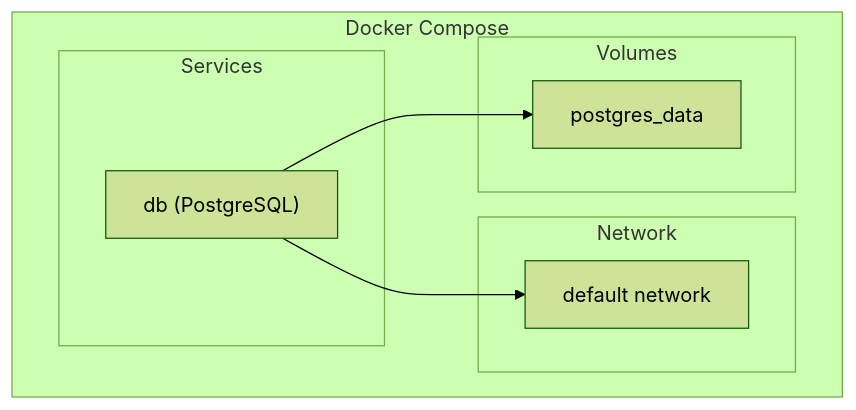
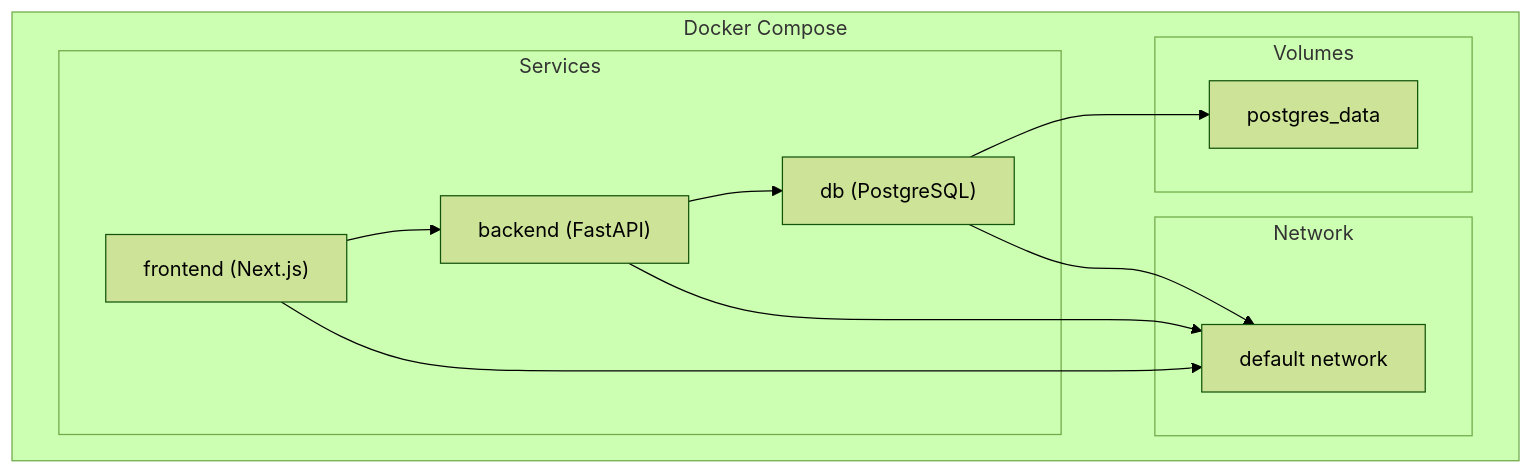
Before and after one commit to ss8806/Todos: the ninth of 11 diagrams in .qoder/repowiki/ja/content/Dockerコンテナ化.md, drawn with Mermaid (forest theme). The commit also changed other lines of this file and 11 other files, not shown here.

````diff
--- a/.qoder/repowiki/ja/content/Dockerコンテナ化.md
+++ b/.qoder/repowiki/ja/content/Dockerコンテナ化.md
@@ -228,16 +295,22 @@
 ```mermaid
 graph TB
 subgraph "Docker Compose"
 subgraph "Services"
 DB["db (PostgreSQL)"]
+BACKEND["backend (FastAPI)"]
+FRONTEND["frontend (Next.js)"]
 end
 subgraph "Network"
 NET["default network"]
 end
 subgraph "Volumes"
 VOL["postgres_data"]
 end
 end
 DB --> VOL
 DB --> NET
+BACKEND --> DB
+BACKEND --> NET
+FRONTEND --> BACKEND
+FRONTEND --> NET
 ```
````
